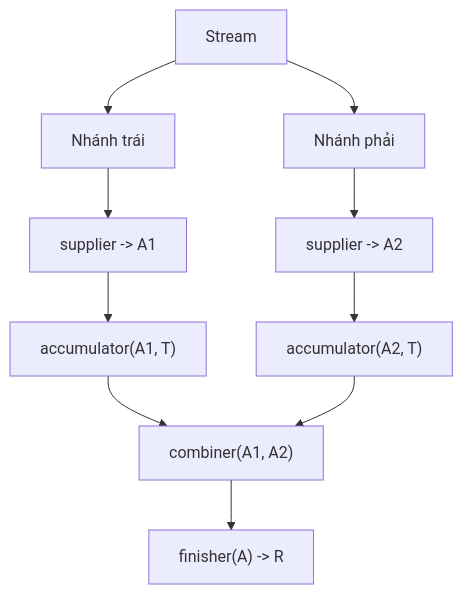
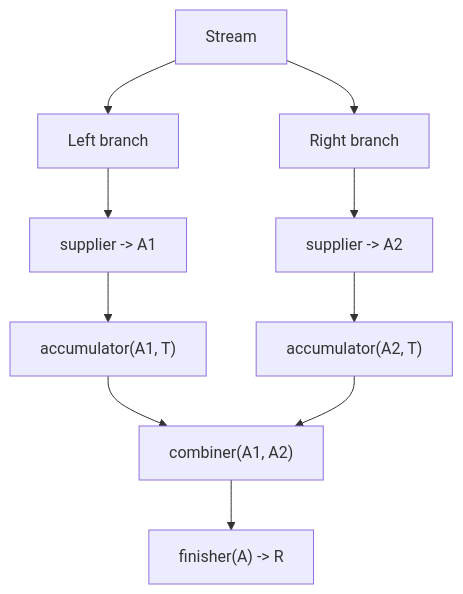
One commit to phuongnguyenit93/learning-platform-data changed the second of 3 diagrams in module/platform/development/programming/language/java/core/stream-api/content/knowledge/en/13.collect-and-collector-contracts/collect-and-collector-contracts-001.md. Above: the diagram before and after it, drawn with Mermaid. The commit also changed other lines of this file and 2307 other files, not shown here.

```diff
--- a/module/platform/development/programming/language/java/core/stream-api/content/knowledge/en/13.collect-and-collector-contracts/collect-and-collector-contracts-001.md
+++ b/module/platform/development/programming/language/java/core/stream-api/content/knowledge/en/13.collect-and-collector-contracts/collect-and-collector-contracts-001.md
@@ -372,12 +372,12 @@
 ~~~mermaid
 flowchart TD
-    S["Stream<T>"] --> L["Nhánh trái"]
-    S --> R["Nhánh phải"]
+    S["Stream<T>"] --> L["Left branch"]
+    S --> R["Right branch"]
     L --> A1["supplier -> A1"]
     R --> A2["supplier -> A2"]
     A1 --> B1["accumulator(A1, T)"]
     A2 --> B2["accumulator(A2, T)"]
     B1 --> C["combiner(A1, A2)"]
     B2 --> C
     C --> F["finisher(A) -> R"]
 ~~~
```
